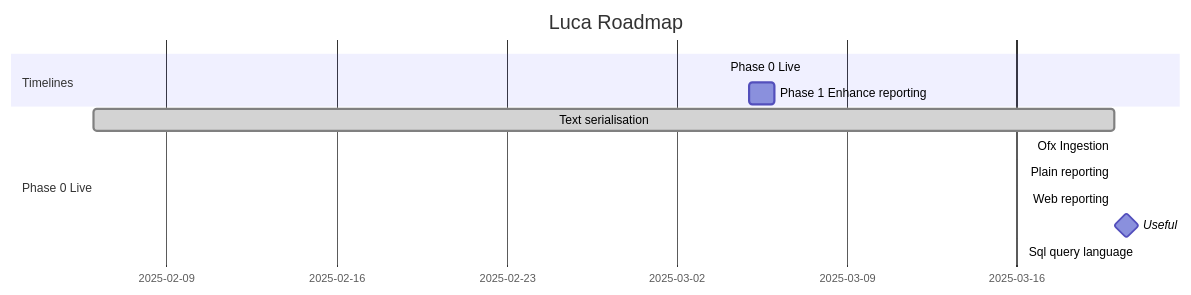
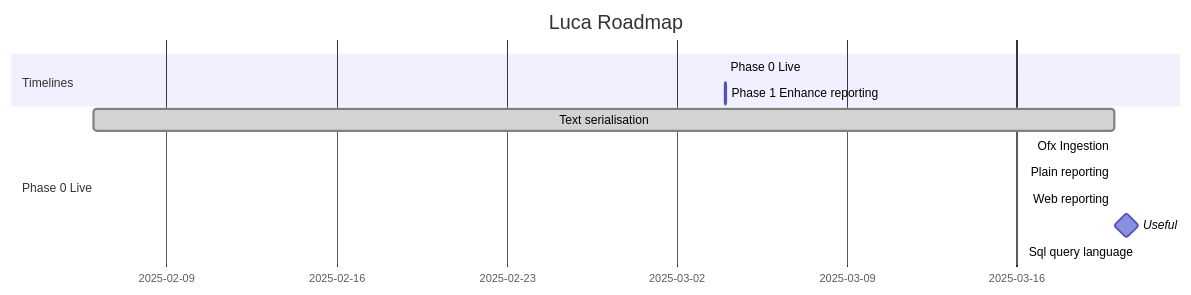
One commit to drummonds/luca changed the diagram in README.md. Above: the diagram before and after it, drawn with Mermaid.

Commit message:
updating roadmap

````diff
--- a/README.md
+++ b/README.md
@@ -141,18 +141,18 @@
 ```mermaid
 gantt
     title Luca Roadmap
     dateFormat  YYYY-MM-DD
 
     section Timelines
     Phase 0 Live         :done, t1,  2025-03-04, 6m
-    Phase 1 Enhance reporting     :t2,  2025-03-05, 1d
+    Phase 1 Enhance reporting     :t2,  after t1, 6m
 
     section Phase 0 Live
     Text serialisation    : done, a1, 2025-02-06, 6w
     Ofx Ingestion         :active, a2, after a1, 1m
     Plain reporting       :a3, after a2, 1m
     Web reporting         :a4, after a3, 1m
     Useful                :milestone, a5, after a4, 1d
     Sql query language    :a6, after a5, 1m
 
 ```
````
